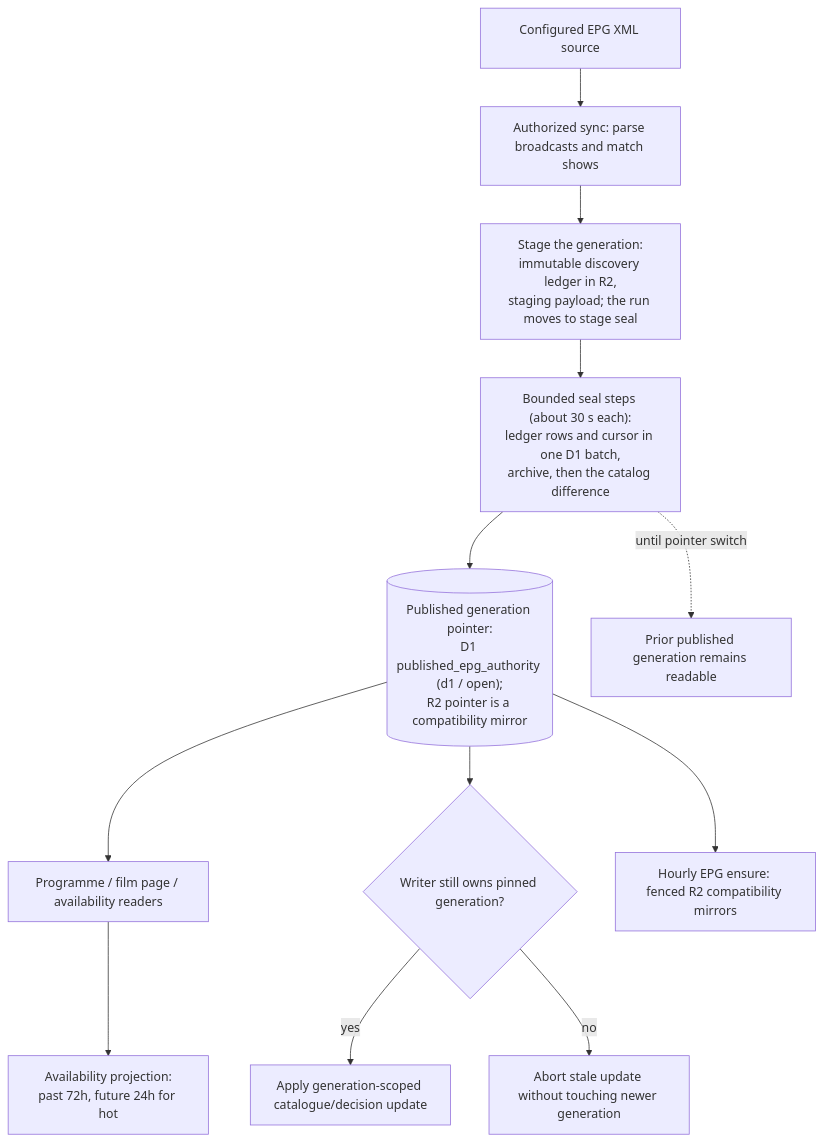
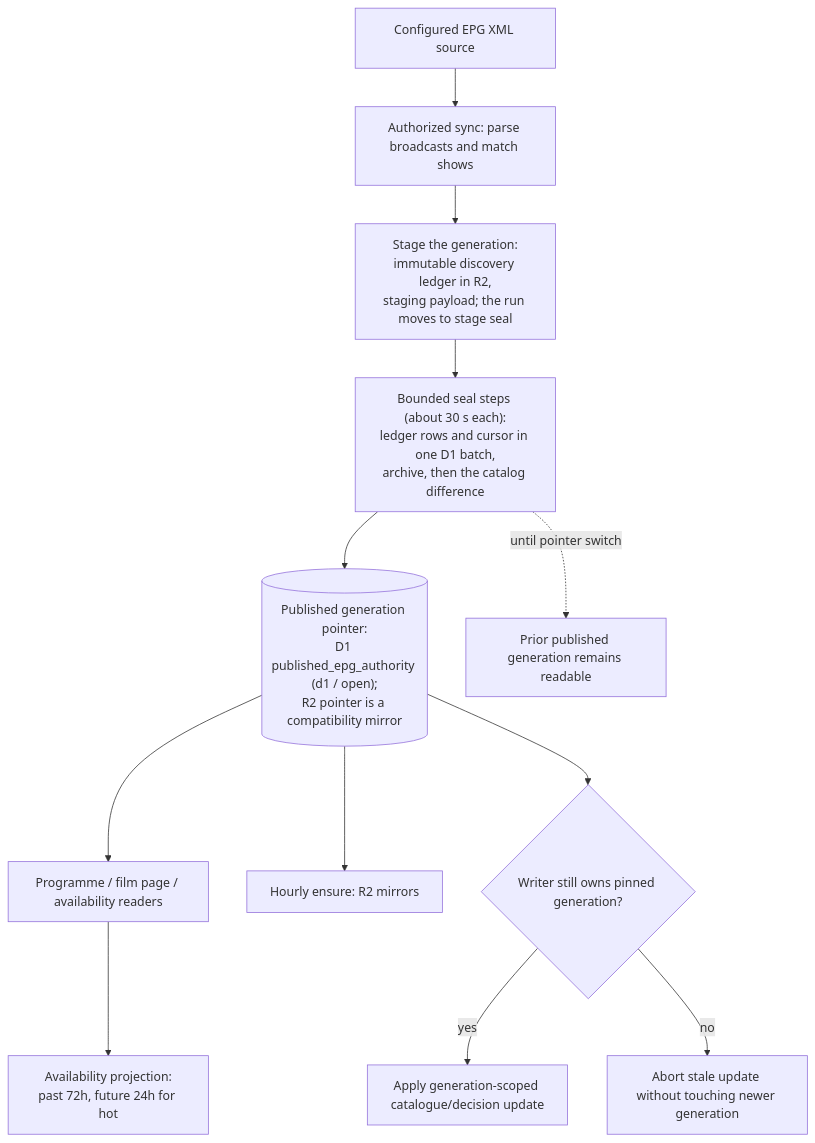
Before and after one commit to vladimino/iptv-watchlist: the diagram in docs/architecture/epg-and-availability.md, drawn with Mermaid. The commit also changed 1 other file, not shown here.

Commit message:
AIR-414: shorten Mermaid labels after rendered GitHub QA
GitHub clipped 'hourly ensure' and helper/writer titles at desktop
width. Shorter labels keep solid vs dashed ownership readable; the
EPG ensure node is declared with the other pointer children.

````diff
--- a/docs/architecture/epg-and-availability.md
+++ b/docs/architecture/epg-and-availability.md
@@ -5,22 +5,22 @@
 ```mermaid
 flowchart TD
     source["Configured EPG XML source"]
     parse["Authorized sync: parse broadcasts and match shows"]
     staging["Stage the generation:<br/>immutable discovery ledger in R2,<br/>staging payload; the run moves to stage seal"]
     seal["Bounded seal steps (about 30 s each):<br/>ledger rows and cursor in one D1 batch,<br/>archive, then the catalog difference"]
     pointer[("Published generation pointer:<br/>D1 published_epg_authority (d1 / open);<br/>R2 pointer is a compatibility mirror")]
     readers["Programme / film page / availability readers"]
     window["Availability projection:<br/>past 72h, future 24h for hot"]
+    ensure["Hourly ensure: R2 mirrors"]
     previous["Prior published generation remains readable"]
     stale{"Writer still owns pinned generation?"}
     update["Apply generation-scoped catalogue/decision update"]
     reject["Abort stale update without touching newer generation"]
     source --> parse --> staging --> seal --> pointer
     pointer --> readers --> window
-    ensure["Hourly EPG ensure: fenced R2 compatibility mirrors"]
     pointer --> ensure
     seal -.->|until pointer switch| previous
     pointer --> stale
     stale -->|yes| update
     stale -->|no| reject
 ```
````
